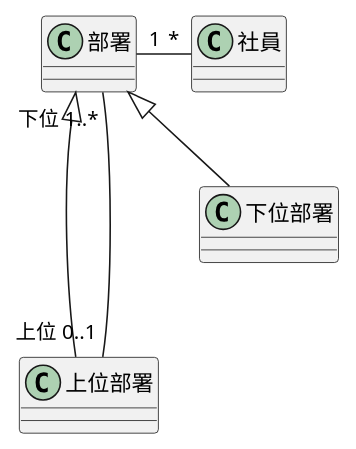
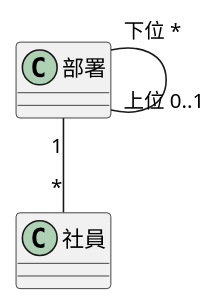
Before and after one commit to yinm/uml-modeling-lesson: the diagram in ch09/sample.puml, drawn with PlantUML.

Commit message:
Add lesson34

```diff
--- a/ch09/sample.puml
+++ b/ch09/sample.puml
@@ -1,21 +1,12 @@
 @startuml
 
 class 部署 {
 }
 
 class 社員 {
 }
 
-class 上位部署 {
-}
-
-class 下位部署 {
-}
-
-部署 <|-- 上位部署
-部署 <|-- 下位部署
-
-部署 "下位 1..*"---"上位 0..1" 上位部署
-部署 "1"-r-"*" 社員
+部署 "1"--"*" 社員
+部署 "下位 *"---"上位 0..1" 部署
 
 @enduml
```
